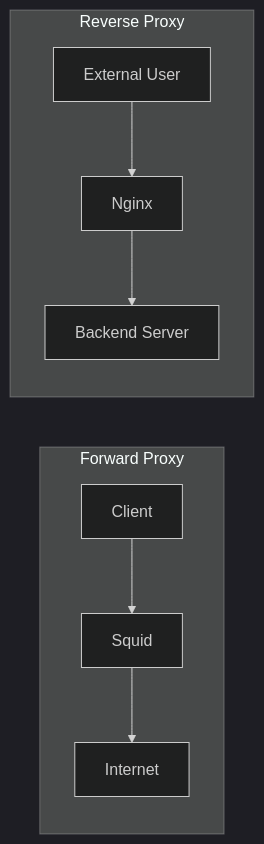
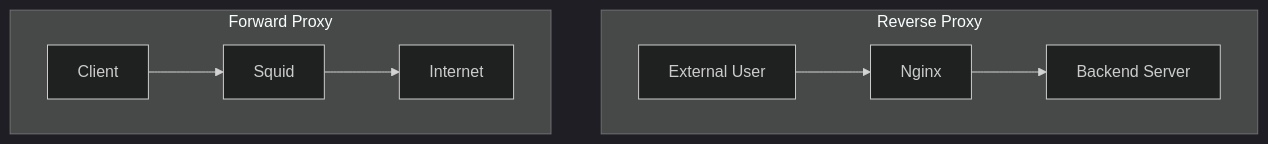
The fifth of 5 diagrams in src/content/blog/en/aws-vpc-edge-routing-guide-0.md (rhcwlq89/rhcwlq89.github.io), drawn with Mermaid (dark theme) before and after one commit. The commit also changed other lines of this file and 10 other files, not shown here.

````diff
--- a/src/content/blog/en/aws-vpc-edge-routing-guide-0.md
+++ b/src/content/blog/en/aws-vpc-edge-routing-guide-0.md
@@ -333,9 +337,12 @@
 ```mermaid
 flowchart LR
     subgraph Forward["Forward Proxy"]
+        direction LR
         Client1[Client] --> Squid[Squid] --> Internet1[Internet]
     end
     subgraph Reverse["Reverse Proxy"]
+        direction LR
         User1[External User] --> Nginx[Nginx] --> Backend[Backend Server]
     end
+    Internet1 ~~~ User1
 ```
````
